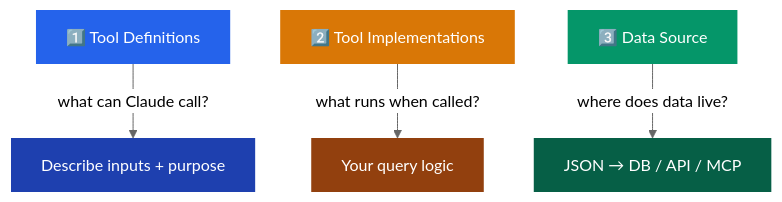
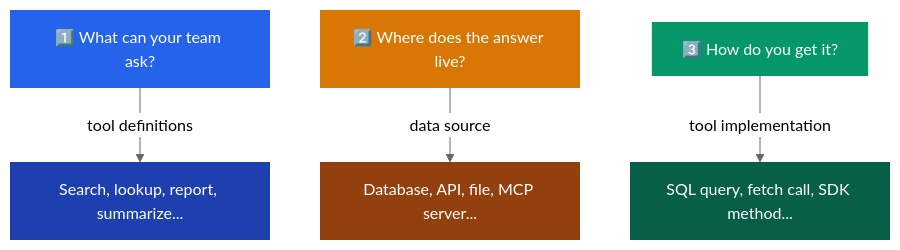
The fifth of 8 diagrams in README.md (Mikeishiring/slackbot), drawn with Mermaid (neutral theme) before and after one commit. The commit also changed other lines of this file, not shown here.

````diff
--- a/README.md
+++ b/README.md
@@ -212,13 +218,13 @@
 ```mermaid
 graph TD
-    A["1️⃣ Tool Definitions"] -->|"what can Claude call?"| B["Describe inputs + purpose"]
-    C["2️⃣ Tool Implementations"] -->|"what runs when called?"| D["Your query logic"]
-    E["3️⃣ Data Source"] -->|"where does data live?"| F["JSON → DB / API / MCP"]
+    A["1️⃣ What can your team ask?"] -->|"tool definitions"| B["Search, lookup, report, summarize..."]
+    C["2️⃣ Where does the answer live?"] -->|"data source"| D["Database, API, file, MCP server..."]
+    E["3️⃣ How do you get it?"] -->|"tool implementation"| F["SQL query, fetch call, SDK method..."]
 
     style A fill:#2563EB,color:#fff,stroke:none
     style C fill:#D97706,color:#fff,stroke:none
     style E fill:#059669,color:#fff,stroke:none
     style B fill:#1e40af,color:#fff,stroke:none
     style D fill:#92400e,color:#fff,stroke:none
     style F fill:#065f46,color:#fff,stroke:none
 ```
````
